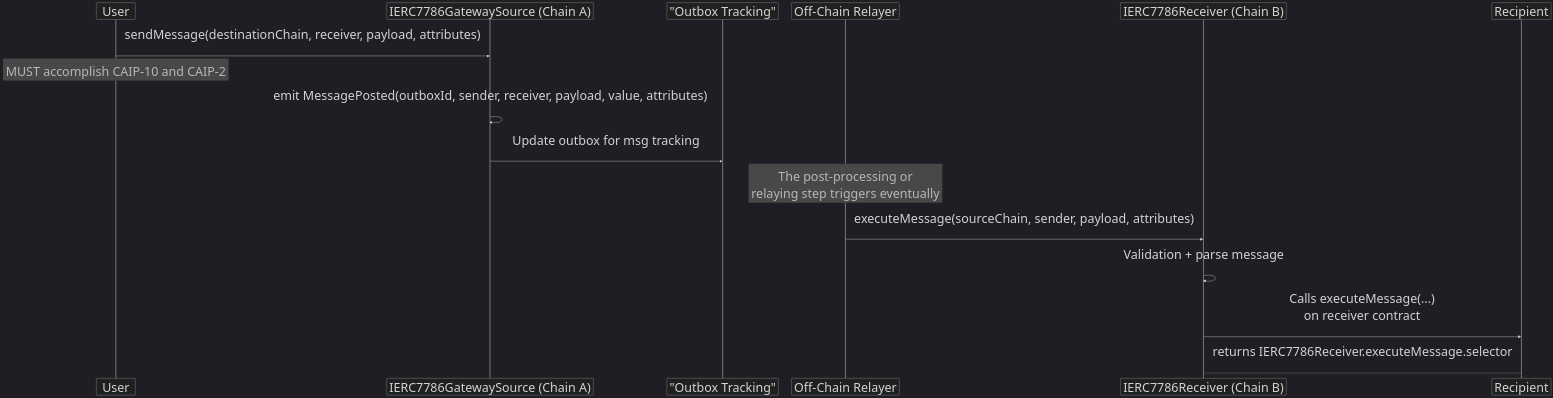
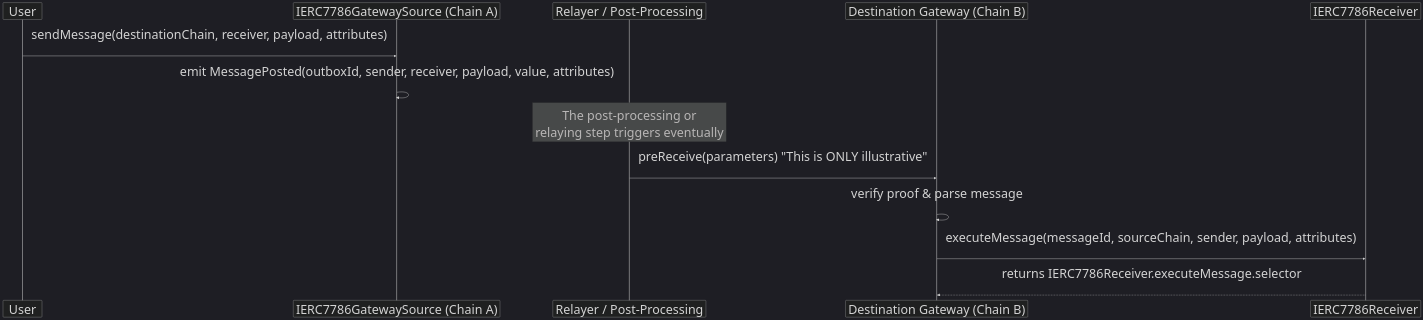
One commit to ethereum/L2-interop changed the second of 11 diagrams in docs/message-passing/messaging-current-efforts.md. Above: the diagram before and after it, drawn with Mermaid. The commit also changed other lines of this file, not shown here.

````diff
--- a/docs/message-passing/messaging-current-efforts.md
+++ b/docs/message-passing/messaging-current-efforts.md
@@ -41,27 +41,22 @@
 ```mermaid
 ---
 config:
   theme: dark
-  fontSize: 48 
+  fontSize: 48
 ---
 
 sequenceDiagram
     participant User
-    participant GatewaySource as IERC7786GatewaySource (Chain A)
-    participant Outbox as "Outbox Tracking"
-    participant RelayProcess as Off-Chain Relayer
-    participant GatewayDestination as IERC7786Receiver (Chain B)
-    participant Receiver as Recipient
+    participant GatewaySource as IERC7786GatewaySource (Chain A)
+    participant Relayer as Relayer / Post‑Processing
+    participant GatewayDestination as Destination Gateway (Chain B)
+    participant Receiver as IERC7786Receiver
 
     User->>GatewaySource: sendMessage(destinationChain, receiver, payload, attributes)
-    Note over User: MUST accomplish CAIP-10 and CAIP-2
     GatewaySource->>GatewaySource: emit MessagePosted(outboxId, sender, receiver, payload, value, attributes)
-    GatewaySource->>Outbox: Update outbox for msg tracking
-
-    Note over RelayProcess: The post-processing or <br/> relaying step triggers eventually
-
-    RelayProcess->>GatewayDestination: executeMessage(sourceChain, sender, payload, attributes)
-    GatewayDestination->>GatewayDestination: Validation + parse message
-    GatewayDestination->>Receiver: Calls executeMessage(...) <br/> on receiver contract
-    Receiver-->GatewayDestination: returns IERC7786Receiver.executeMessage.selector
+    Note over Relayer: The post-processing or <br/> relaying step triggers eventually
+    Relayer->>GatewayDestination: preReceive(parameters) "This is ONLY illustrative"
+    GatewayDestination->>GatewayDestination: verify proof & parse message
+    GatewayDestination->>Receiver: executeMessage(messageId, sourceChain, sender, payload, attributes)
+    Receiver-->>GatewayDestination: returns IERC7786Receiver.executeMessage.selector
 ```
````
